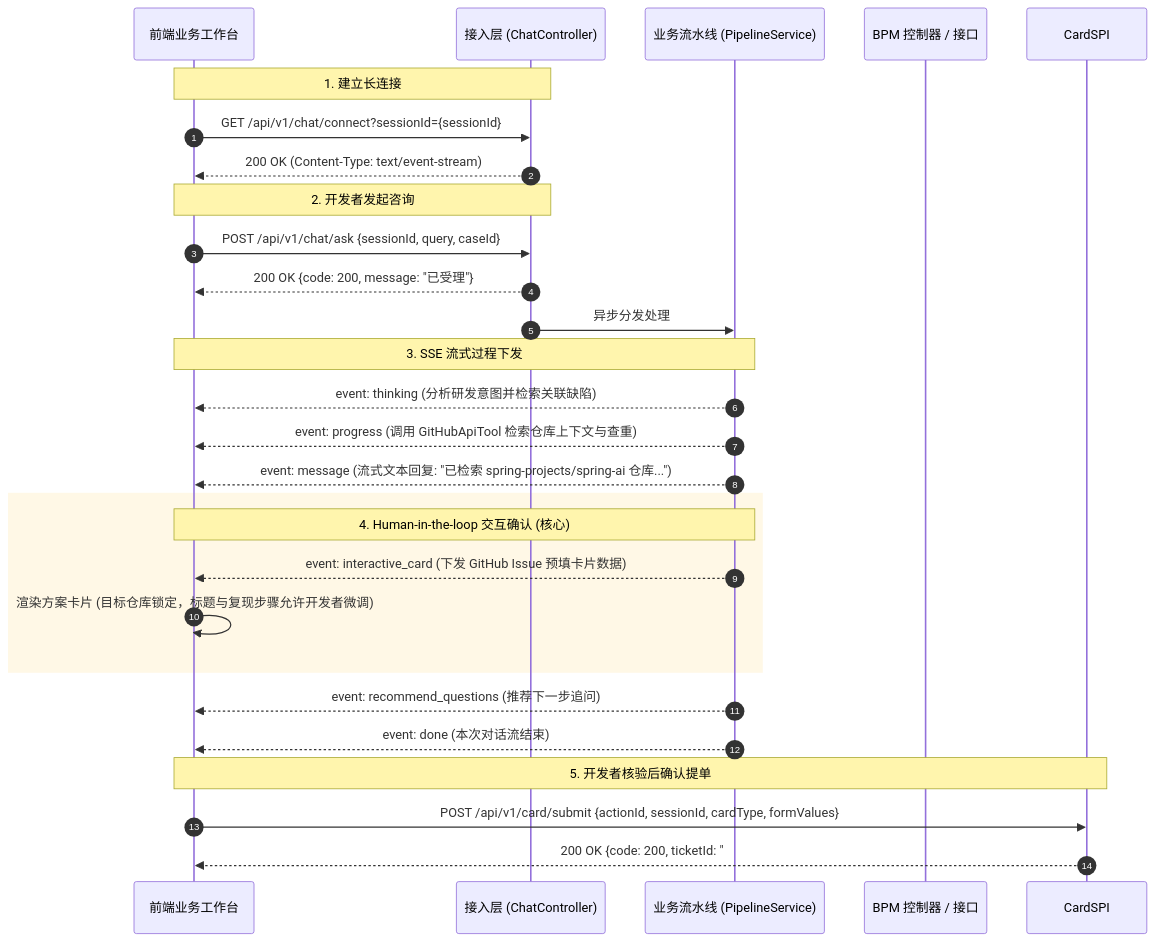
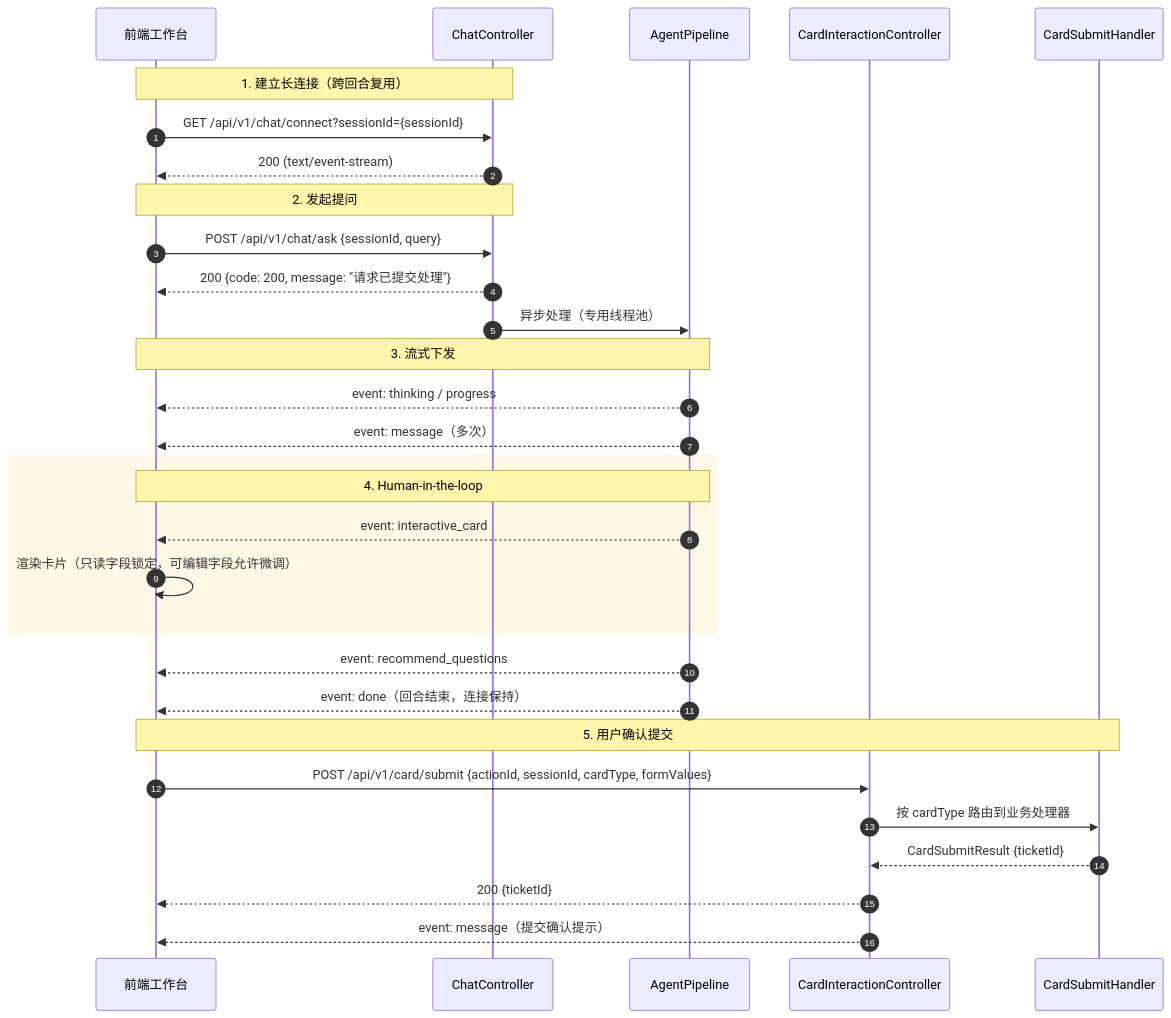
The diagram in docs/03-前后端接口与SSE协议契约.md (1264585648/spring-ai-agentflow), drawn with Mermaid before and after one commit. The commit also changed other lines of this file and 8 other files, not shown here.

First line of the commit message:
docs: add kernel architecture roadmap and align docs with code

````diff
--- a/docs/03-前后端接口与SSE协议契约.md
+++ b/docs/03-前后端接口与SSE协议契约.md
@@ -13,35 +19,38 @@
 ```mermaid
 sequenceDiagram
     autonumber
-    participant UI as 前端业务工作台
-    participant Controller as 接入层 (ChatController)
-    participant Pipeline as 业务流水线 (PipelineService)
-    participant BPM as BPM 控制器 / 接口
+    participant UI as 前端工作台
+    participant Chat as ChatController
+    participant Pipeline as AgentPipeline
+    participant Card as CardInteractionController
+    participant SPI as CardSubmitHandler
 
-    Note over UI, Controller: 1. 建立长连接
-    UI->>Controller: GET /api/v1/chat/connect?sessionId={sessionId}
-    Controller-->>UI: 200 OK (Content-Type: text/event-stream)
+    Note over UI, Chat: 1. 建立长连接（跨回合复用）
+    UI->>Chat: GET /api/v1/chat/connect?sessionId={sessionId}
+    Chat-->>UI: 200 (text/event-stream)
 
-    Note over UI, Controller: 2. 开发者发起咨询
-    UI->>Controller: POST /api/v1/chat/ask {sessionId, query, caseId}
-    Controller-->>UI: 200 OK {code: 200, message: "已受理"}
-    Controller->>Pipeline: 异步分发处理
+    Note over UI, Chat: 2. 发起提问
+    UI->>Chat: POST /api/v1/chat/ask {sessionId, query}
+    Chat-->>UI: 200 {code: 200, message: "请求已提交处理"}
+    Chat->>Pipeline: 异步处理（专用线程池）
 
-    Note over Pipeline, UI: 3. SSE 流式过程下发
-    Pipeline-->>UI: event: thinking (分析研发意图并检索关联缺陷)
-    Pipeline-->>UI: event: progress (调用 GitHubApiTool 检索仓库上下文与查重)
-    Pipeline-->>UI: event: message (流式文本回复: "已检索 spring-projects/spring-ai 仓库...")
-    
+    Note over Pipeline, UI: 3. 流式下发
+    Pipeline-->>UI: event: thinking / progress
+    Pipeline-->>UI: event: message（多次）
+
     rect rgb(255, 248, 230)
-    Note over Pipeline, UI: 4. Human-in-the-loop 交互确认 (核心)
-    Pipeline-->>UI: event: interactive_card (下发 GitHub Issue 预填卡片数据)
-    UI->>UI: 渲染方案卡片 (目标仓库锁定，标题与复现步骤允许开发者微调)
+    Note over Pipeline, UI: 4. Human-in-the-loop
+    Pipeline-->>UI: event: interactive_card
+    UI->>UI: 渲染卡片（只读字段锁定，可编辑字段允许微调）
     end
 
-    Pipeline-->>UI: event: recommend_questions (推荐下一步追问)
-    Pipeline-->>UI: event: done (本次对话流结束)
+    Pipeline-->>UI: event: recommend_questions
+    Pipeline-->>UI: event: done（回合结束，连接保持）
 
-    Note over UI, CardSPI: 5. 开发者核验后确认提单
-    UI->>CardSPI: POST /api/v1/card/submit {actionId, sessionId, cardType, formValues}
-    CardSPI-->>UI: 200 OK {code: 200, ticketId: "#1035", message: "Issue 已成功创建"}
+    Note over UI, SPI: 5. 用户确认提交
+    UI->>Card: POST /api/v1/card/submit {actionId, sessionId, cardType, formValues}
+    Card->>SPI: 按 cardType 路由到业务处理器
+    SPI-->>Card: CardSubmitResult {ticketId}
+    Card-->>UI: 200 {ticketId}
+    Card-->>UI: event: message（提交确认提示）
 ```
````
